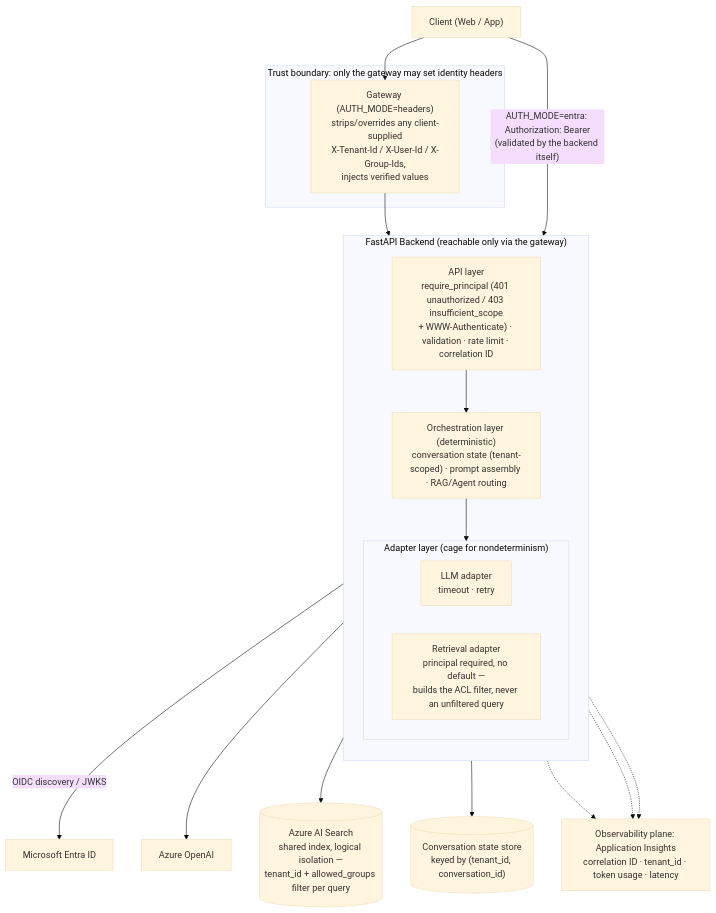
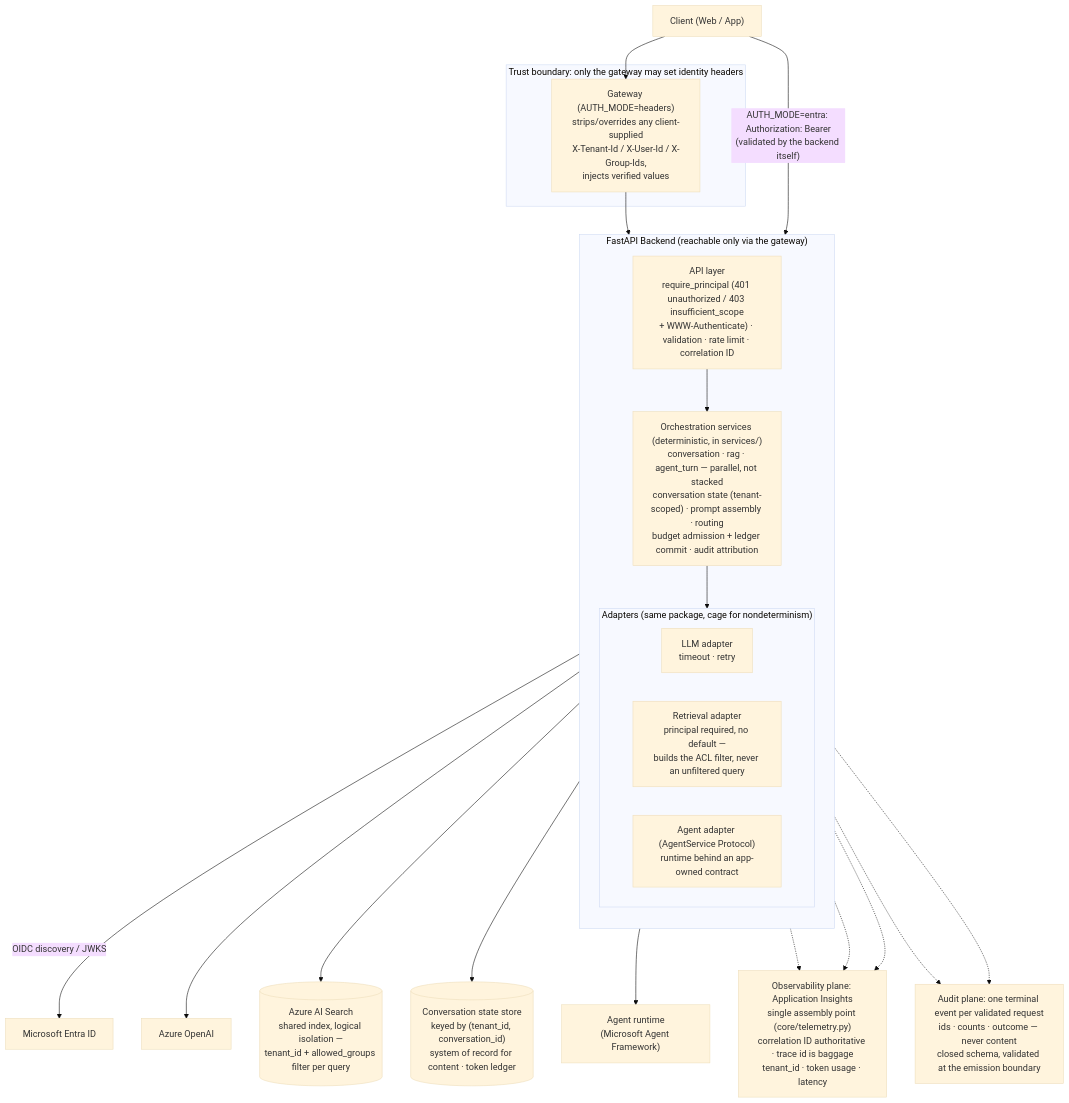
One commit to kehao-playground/azure-genai-backend-lab changed the diagram in docs/diagrams/reference-architecture.md. Above: the diagram before and after it, drawn with Mermaid (base theme). The commit also changed other lines of this file, not shown here.

Commit message:
docs: add the agent path and the audit/telemetry planes to the reference architecture

````diff
--- a/docs/diagrams/reference-architecture.md
+++ b/docs/diagrams/reference-architecture.md
@@ -5,32 +5,37 @@
 ```mermaid
 flowchart TB
     Client["Client (Web / App)"]
 
     subgraph TrustBoundary["Trust boundary: only the gateway may set identity headers"]
         GW["Gateway (AUTH_MODE=headers)<br/>strips/overrides any client-supplied<br/>X-Tenant-Id / X-User-Id / X-Group-Ids,<br/>injects verified values"]
     end
 
     subgraph Backend["FastAPI Backend (reachable only via the gateway)"]
         direction TB
         APIL["API layer<br/>require_principal (401 unauthorized / 403 insufficient_scope<br/>+ WWW-Authenticate) · validation · rate limit · correlation ID"]
-        Orch["Orchestration layer (deterministic)<br/>conversation state (tenant-scoped) · prompt assembly · RAG/Agent routing"]
-        subgraph Adapters["Adapter layer (cage for nondeterminism)"]
+        Orch["Orchestration services (deterministic, in services/)<br/>conversation · rag · agent_turn — parallel, not stacked<br/>conversation state (tenant-scoped) · prompt assembly · routing<br/>budget admission + ledger commit · audit attribution"]
+        subgraph Adapters["Adapters (same package, cage for nondeterminism)"]
             direction LR
             LLMA["LLM adapter<br/>timeout · retry"]
             RetA["Retrieval adapter<br/>principal required, no default —<br/>builds the ACL filter, never an unfiltered query"]
+            AgtA["Agent adapter (AgentService Protocol)<br/>runtime behind an app-owned contract"]
         end
         APIL --> Orch --> Adapters
     end
 
     Client --> GW --> APIL
     Client -->|"AUTH_MODE=entra: Authorization: Bearer<br/>(validated by the backend itself)"| APIL
     APIL -->|OIDC discovery / JWKS| Entra["Microsoft Entra ID"]
     LLMA --> AOAI["Azure OpenAI"]
     RetA --> Search[("Azure AI Search<br/>shared index, logical isolation —<br/>tenant_id + allowed_groups filter per query")]
-    Orch --> State[("Conversation state store<br/>keyed by (tenant_id, conversation_id)")]
+    Orch --> State[("Conversation state store<br/>keyed by (tenant_id, conversation_id)<br/>system of record for content · token ledger")]
+    AgtA --> Runtime["Agent runtime<br/>(Microsoft Agent Framework)"]
 
-    Obs["Observability plane: Application Insights<br/>correlation ID · tenant_id · token usage · latency"]
+    Obs["Observability plane: Application Insights<br/>single assembly point (core/telemetry.py)<br/>correlation ID authoritative · trace id is baggage<br/>tenant_id · token usage · latency"]
+    Aud["Audit plane: one terminal event per validated request<br/>ids · counts · outcome — never content<br/>closed schema, validated at the emission boundary"]
     APIL -.-> Obs
     Orch -.-> Obs
     Adapters -.-> Obs
+    APIL -.-> Aud
+    Orch -.-> Aud
 ```
````
